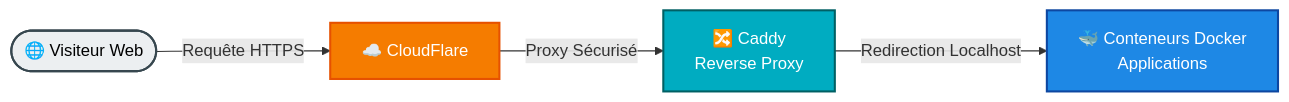
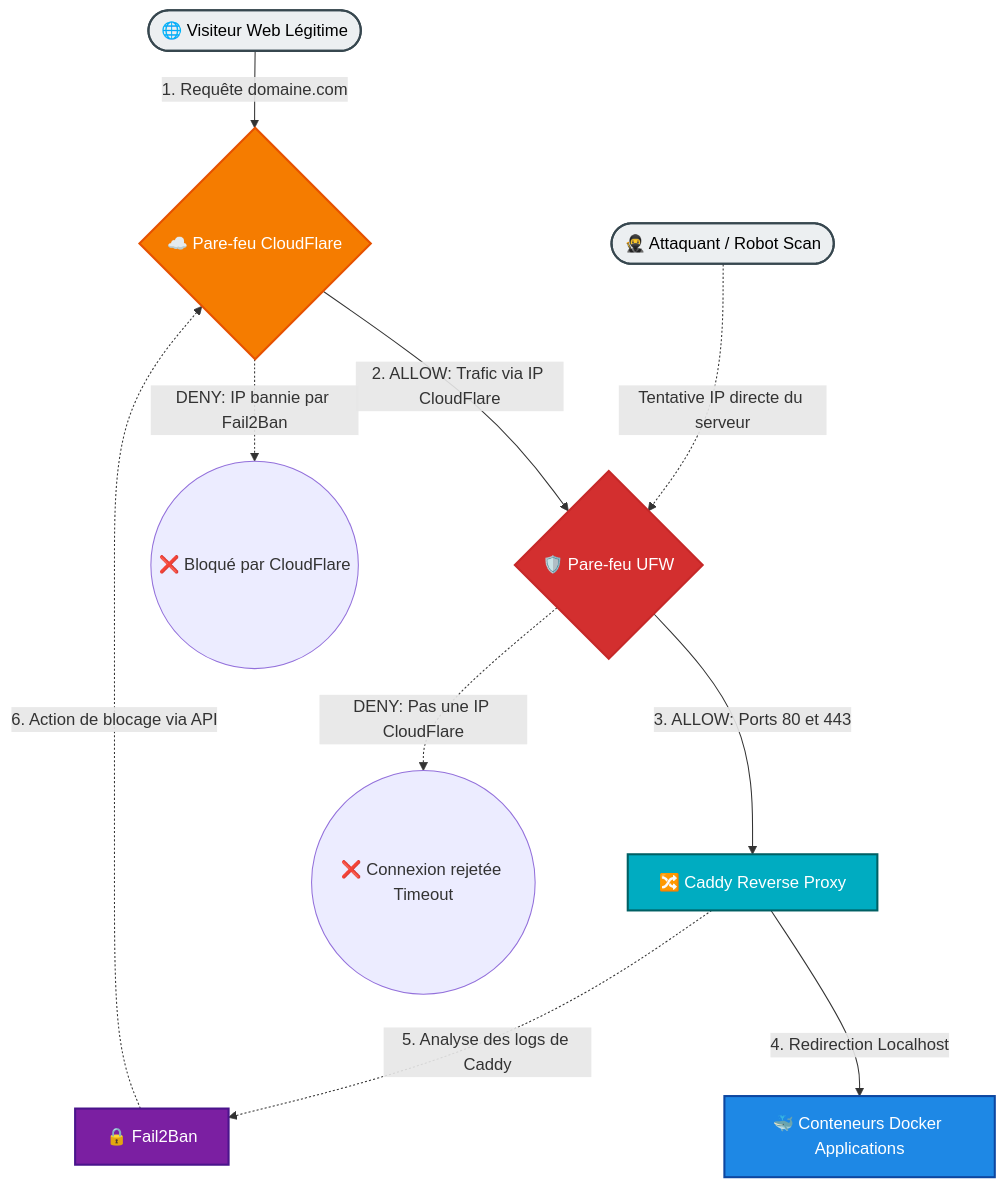
One commit to RogerBytes/DevenirDev changed the diagram in Politique de Sécurité PSSI/02 - Configuration et durcissement du serveur.md. Above: the diagram before and after it, drawn with Mermaid. The commit also changed 4 other files, not shown here.

````diff
--- a/Politique de Sécurité PSSI/02 - Configuration et durcissement du serveur.md
+++ b/Politique de Sécurité PSSI/02 - Configuration et durcissement du serveur.md
@@ -36,19 +36,35 @@
 ```mermaid
-graph LR
+graph TD
   %% Définition des styles
   classDef internet fill:#eceff1,stroke:#37474f,stroke-width:2px,color:#000;
   classDef cloudflare fill:#f57c00,stroke:#e65100,stroke-width:2px,color:#fff;
+  classDef ufw fill:#d32f2f,stroke:#c62828,stroke-width:2px,color:#fff;
   classDef caddy fill:#00acc1,stroke:#006064,stroke-width:2px,color:#fff;
   classDef docker fill:#1e88e5,stroke:#0d47a1,stroke-width:2px,color:#fff;
+  classDef f2b fill:#7b1fa2,stroke:#4a148c,stroke-width:2px,color:#fff;
 
-  %% Flux de données
-  A([🌐 Visiteur Web]) -->|Requête HTTPS| B[☁️ CloudFlare]
-  B -->|Proxy Sécurisé| C[🔀 Caddy <br> Reverse Proxy]
-  C -->|Redirection Localhost| D[🐳 Conteneurs Docker <br> Applications]
+  %% Flux Légitime via CloudFlare
+  A([🌐 Visiteur Web Légitime]) -->|1. Requête domaine.com| B{☁️ Pare-feu CloudFlare}
+  B -->|2. ALLOW: Trafic via IP CloudFlare| C{🛡️ Pare-feu UFW}
+  C -->|3. ALLOW: Ports 80 et 443| D[🔀 Caddy Reverse Proxy]
+
+  %% Flux Malveillant (Tentative de contournement direct)
+  E([🥷 Attaquant / Robot Scan]) -.->|Tentative IP directe du serveur| C
+  C -.->|DENY: Pas une IP CloudFlare| X((❌ Connexion rejetée Timeout))
+
+  %% Interne au Serveur et Boucle Fail2Ban
+  D -->|4. Redirection Localhost| F[🐳 Conteneurs Docker Applications]
+  D -.->|5. Analyse des logs de Caddy| G[🔒 Fail2Ban]
+  G -.->|6. Action de blocage via API| B
+
+  %% Blocage au niveau de Cloudflare pour les récidivistes
+  B -.->|DENY: IP bannie par Fail2Ban| Y((❌ Bloqué par CloudFlare))
 
   %% Application des styles
-  class A internet;
+  class A,E internet;
   class B cloudflare;
-  class C caddy;
-  class D docker;
+  class C ufw;
+  class D caddy;
+  class F docker;
+  class G f2b;
 ```
````
